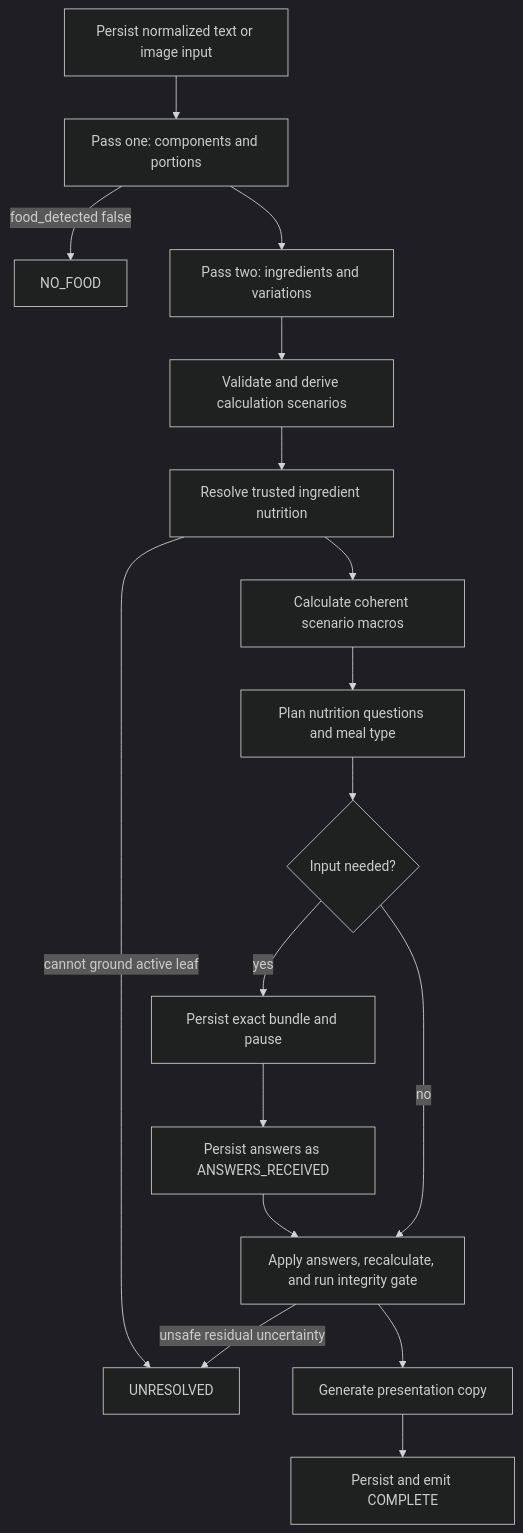
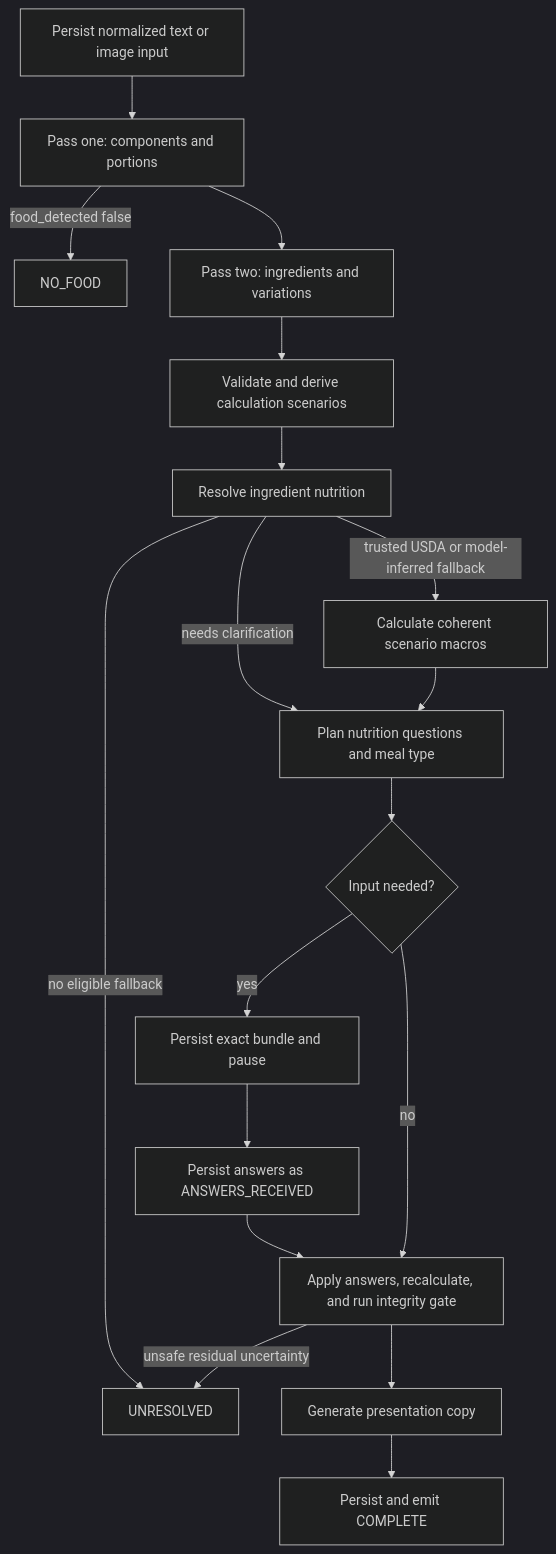
The diagram in docs/plans/meal-analysis-reliability.md (thecodepapaya/calorify), drawn with Mermaid (dark theme) before and after one commit. The commit also changed other lines of this file and 5 other files, not shown here.

````diff
--- a/docs/plans/meal-analysis-reliability.md
+++ b/docs/plans/meal-analysis-reliability.md
@@ -461,19 +510,20 @@
 ```mermaid
 flowchart TD
     A[Persist normalized text or image input] --> B[Pass one: components and portions]
     B -->|food_detected false| N[NO_FOOD]
     B --> C[Pass two: ingredients and variations]
     C --> D[Validate and derive calculation scenarios]
-    D --> E[Resolve trusted ingredient nutrition]
-    E -->|cannot ground active leaf| R[UNRESOLVED]
-    E --> F[Calculate coherent scenario macros]
+    D --> E[Resolve ingredient nutrition]
+    E -->|trusted USDA or model-inferred fallback| F[Calculate coherent scenario macros]
+    E -->|needs clarification| Q[Plan nutrition questions and meal type]
+    E -->|no eligible fallback| R[UNRESOLVED]
     F --> Q[Plan nutrition questions and meal type]
     Q --> G{Input needed?}
     G -->|yes| H[Persist exact bundle and pause]
     H --> I[Persist answers as ANSWERS_RECEIVED]
     I --> J[Apply answers, recalculate, and run integrity gate]
     G -->|no| J
     J -->|unsafe residual uncertainty| R
     J --> L[Generate presentation copy]
     L --> M[Persist and emit COMPLETE]
 ```
````
